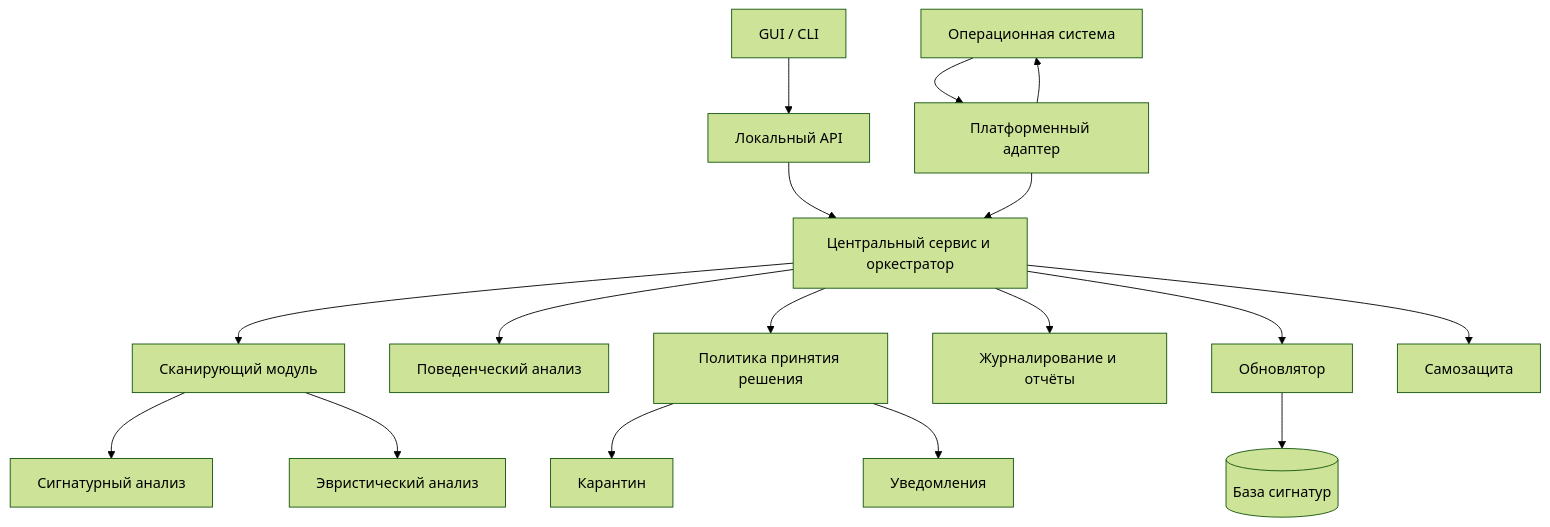
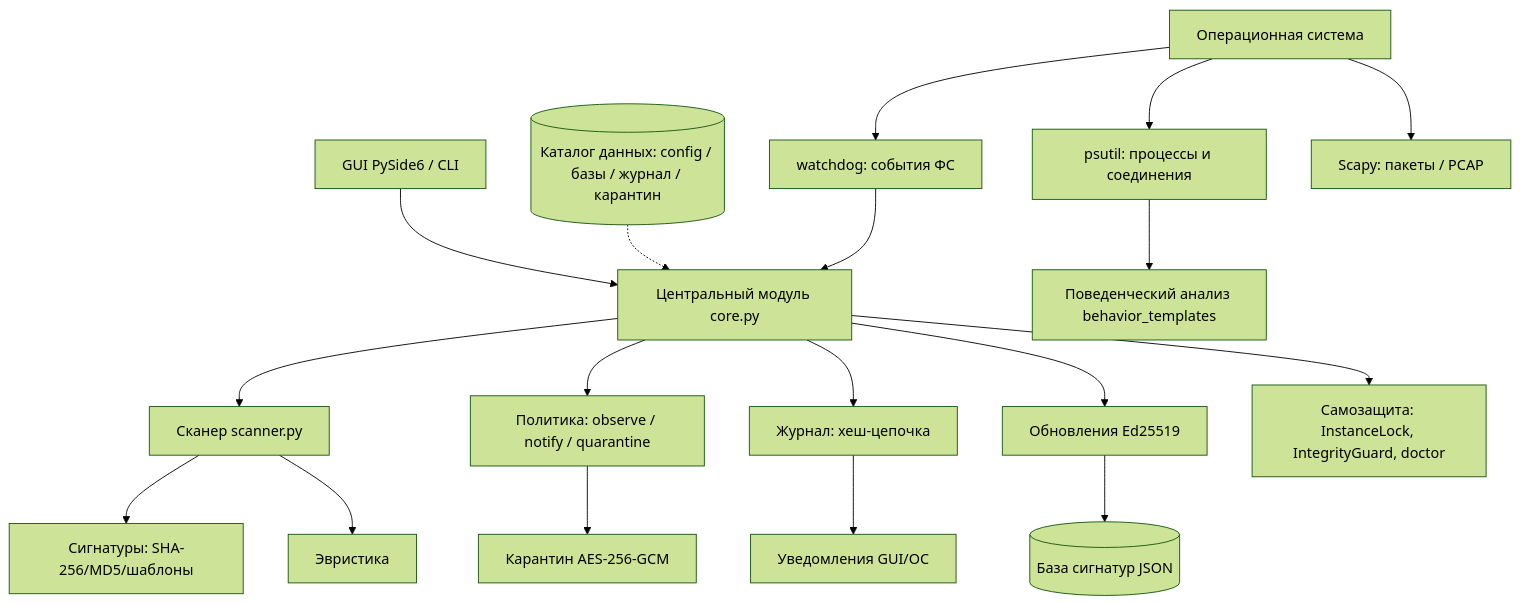
The first of 3 diagrams in 06_Диаграммы_VirusWall.md (astrich27/virus_baby), drawn with Mermaid (forest theme) before and after one commit. The commit also changed other lines of this file and 13 other files, not shown here.

````diff
--- a/06_Диаграммы_VirusWall.md
+++ b/06_Диаграммы_VirusWall.md
@@ -5,19 +5,20 @@
 ```mermaid
 flowchart TB
-    UI[GUI / CLI] --> API[Локальный API]
-    API --> CORE[Центральный сервис и оркестратор]
-    CORE --> SCAN[Сканирующий модуль]
-    SCAN --> SIG[Сигнатурный анализ]
-    SCAN --> HEU[Эвристический анализ]
-    CORE --> BEH[Поведенческий анализ]
-    CORE --> POL[Политика принятия решения]
-    POL --> Q[Карантин]
-    POL --> NOTIFY[Уведомления]
-    CORE --> LOG[Журналирование и отчёты]
-    CORE --> UPD[Обновлятор]
-    UPD --> DB[(База сигнатур)]
-    CORE --> SELF[Самозащита]
-    OS[Операционная система] --> ADAPT[Платформенный адаптер]
-    ADAPT --> CORE
-    ADAPT --> OS
+    UI[GUI PySide6 / CLI] --> CORE[Центральный модуль core.py]
+    OWNER[(Каталог данных: config / базы / журнал / карантин)] -.-> CORE
+    OS[Операционная система] --> RT[watchdog: события ФС]
+    OS --> PROC[psutil: процессы и соединения]
+    OS --> NET[Scapy: пакеты / PCAP]
+    RT --> CORE
+    PROC --> BEH[Поведенческий анализ behavior_templates]
+    CORE --> SCAN[Сканер scanner.py]
+    SCAN --> SIG[Сигнатуры: SHA-256/MD5/шаблоны]
+    SCAN --> HEU[Эвристика]
+    CORE --> POL[Политика: observe / notify / quarantine]
+    POL --> Q[Карантин AES-256-GCM]
+    CORE --> JOURNAL[Журнал: хеш-цепочка]
+    CORE --> UPD[Обновления Ed25519]
+    UPD --> DB[(База сигнатур JSON)]
+    CORE --> SELF[Самозащита: InstanceLock, IntegrityGuard, doctor]
+    JOURNAL --> NOTIFY[Уведомления GUI/ОС]
 ```
````
